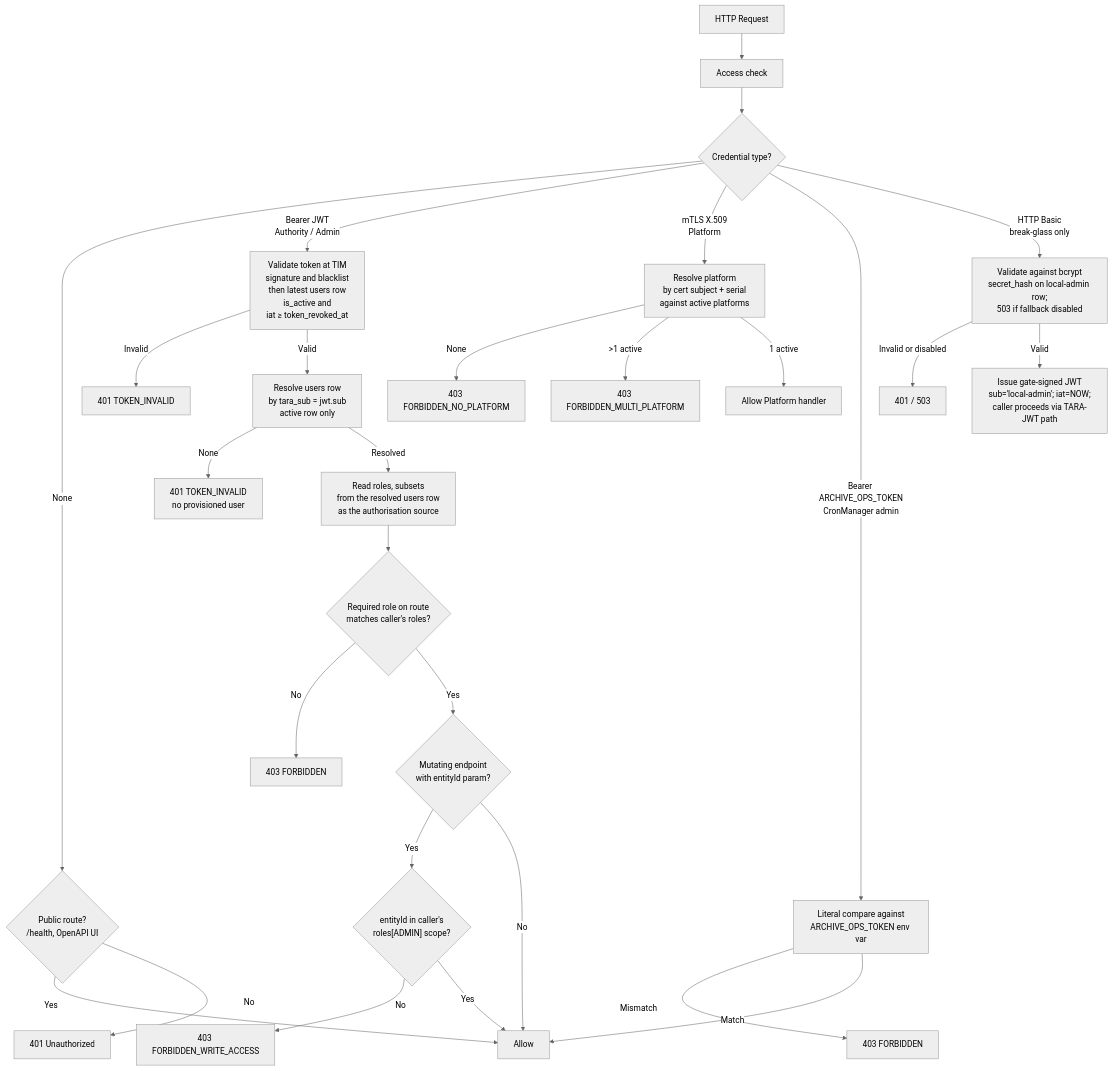
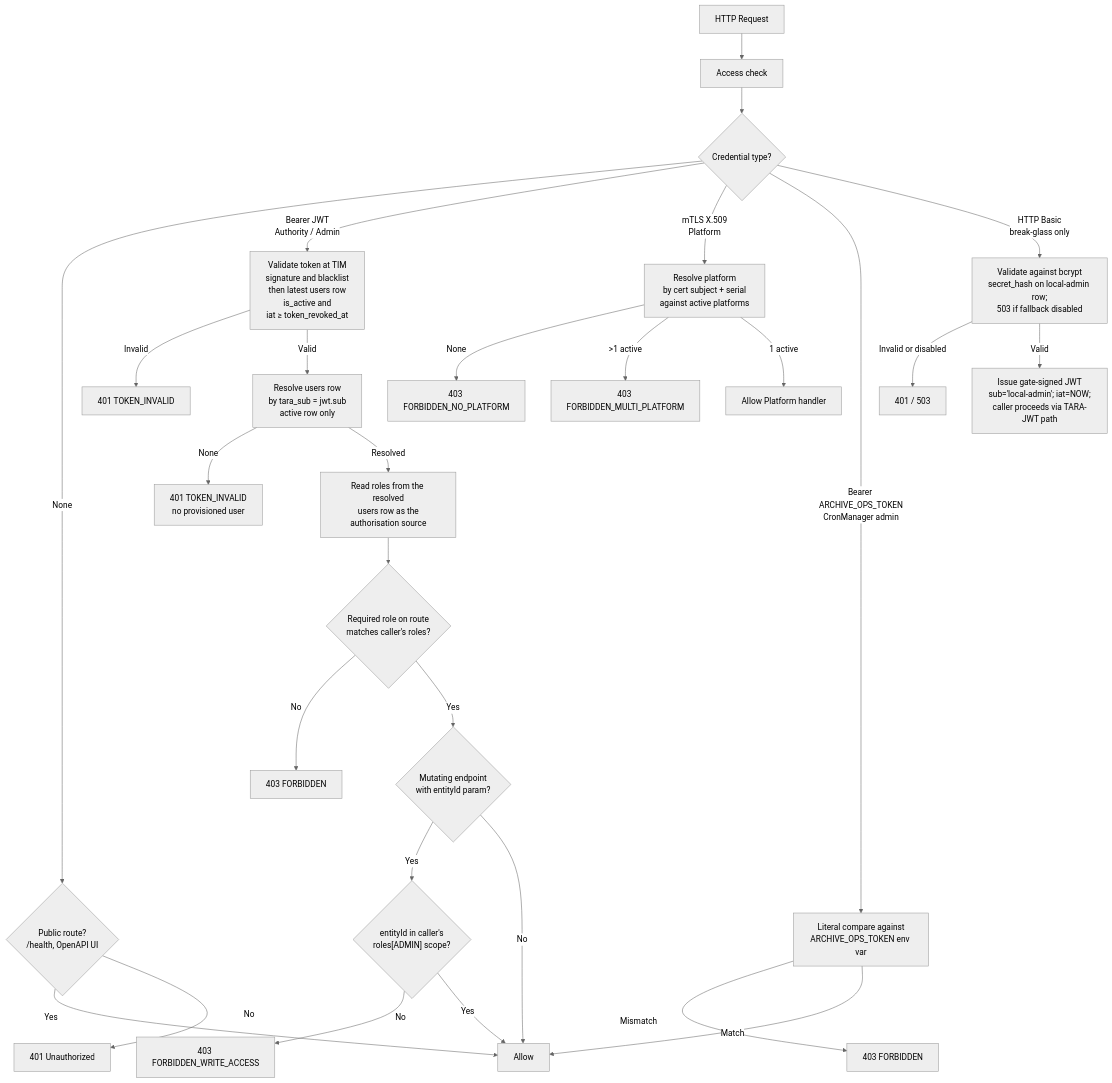
One commit to kemit-ee/efti-gate-ee changed the first of 4 diagrams in docs/specs/permissions-matrix.md. Above: the diagram before and after it, drawn with Mermaid (neutral theme). The commit also changed other lines of this file and 15 other files, not shown here.

````diff
--- a/docs/specs/permissions-matrix.md
+++ b/docs/specs/permissions-matrix.md
@@ -28,30 +37,30 @@
 ```mermaid
 graph TD
     REQ[HTTP Request] --> AC[Access check]
     AC --> CRED{Credential type?}
     CRED -->|None| PUB{Public route?<br/>/health, OpenAPI UI}
     PUB -->|Yes| ALLOW[Allow]
     PUB -->|No| UNAUTH[401 Unauthorized]
     CRED -->|Bearer JWT<br/>Authority / Admin| TARA[Validate token at TIM<br/>signature and blacklist<br/>then latest users row<br/>is_active and<br/>iat ≥ token_revoked_at]
     CRED -->|mTLS X.509<br/>Platform| MTLS[Resolve platform<br/>by cert subject + serial<br/>against active platforms]
     CRED -->|Bearer ARCHIVE_OPS_TOKEN<br/>CronManager admin| OPS[Literal compare against<br/>ARCHIVE_OPS_TOKEN env var]
     CRED -->|HTTP Basic<br/>break-glass only| BG[Validate against bcrypt<br/>secret_hash on local-admin row;<br/>503 if fallback disabled]
     TARA -->|Invalid| ERR401[401 TOKEN_INVALID]
     TARA -->|Valid| TARASUB[Resolve users row<br/>by tara_sub = jwt.sub<br/>active row only]
     TARASUB -->|None| NOUSER[401 TOKEN_INVALID<br/>no provisioned user]
-    TARASUB -->|Resolved| AUTHZ[Read roles, subsets<br/>from the resolved users row<br/>as the authorisation source]
+    TARASUB -->|Resolved| AUTHZ[Read roles from the resolved<br/>users row as the<br/>authorisation source]
     MTLS -->|None| NOPLAT[403 FORBIDDEN_NO_PLATFORM]
     MTLS -->|>1 active| MULTI[403 FORBIDDEN_MULTI_PLATFORM]
     MTLS -->|1 active| ALLOWPLAT[Allow Platform handler]
     OPS -->|Mismatch| OPSDENY[403 FORBIDDEN]
     OPS -->|Match| ALLOW
     BG -->|Invalid or disabled| BGFAIL[401 / 503]
     BG -->|Valid| BGTOKEN[Issue gate-signed JWT<br/>sub='local-admin'; iat=NOW;<br/>caller proceeds via TARA-JWT path]
     AUTHZ --> ROLECHECK{Required role on route<br/>matches caller's roles?}
     ROLECHECK -->|No| ERR403[403 FORBIDDEN]
     ROLECHECK -->|Yes| WRITE{Mutating endpoint<br/>with entityId param?}
     WRITE -->|Yes| SCOPE{"entityId in caller's<br/>roles[ADMIN] scope?"}
     SCOPE -->|No| ERR403WA[403 FORBIDDEN_WRITE_ACCESS]
     SCOPE -->|Yes| ALLOW
     WRITE -->|No| ALLOW
 ```
````
